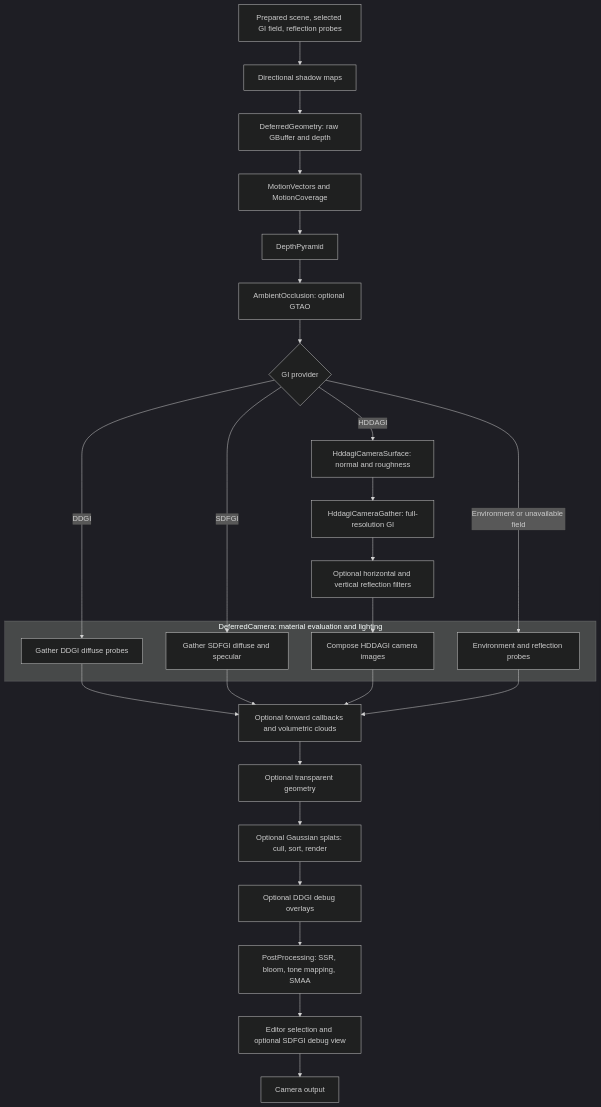
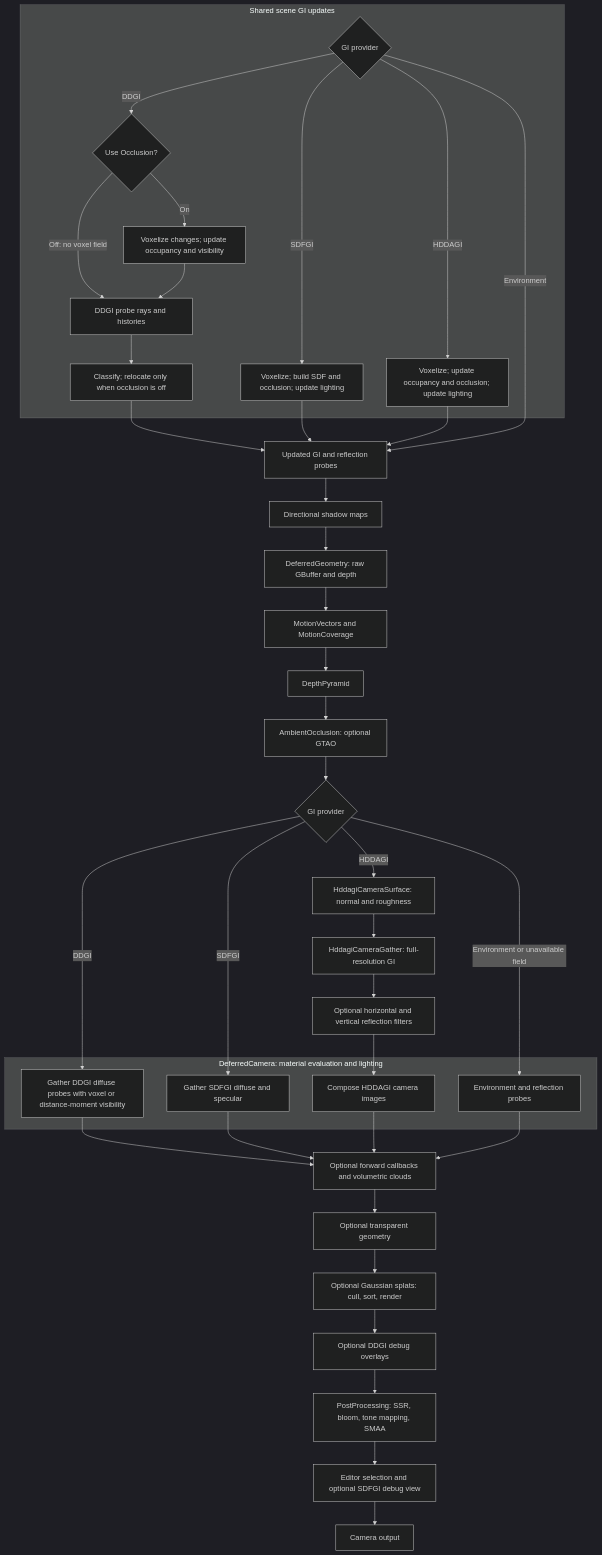
Before and after one commit to edisonlee0212/EvoEngine: the fourth of 4 diagrams in docs/rendering.md, drawn with Mermaid (dark theme). The commit also changed other lines of this file and 28 other files, not shown here.

Commit message:
Add shared DDGI voxel occlusion and Bistro rendering coverage

````diff
--- a/docs/rendering.md
+++ b/docs/rendering.md
@@ -144,32 +140,45 @@
 ```mermaid
 flowchart TD
-  A[Prepared scene, selected GI field, reflection probes] --> B[Directional shadow maps]
+  subgraph S[Shared scene GI updates]
+    S0{GI provider} -->|DDGI| S1{Use Occlusion?}
+    S1 -->|On| S2[Voxelize changes; update occupancy and visibility]
+    S1 -->|Off: no voxel field| S3[DDGI probe rays and histories]
+    S2 --> S3
+    S3 --> S4[Classify; relocate only when occlusion is off]
+    S0 -->|SDFGI| S5[Voxelize; build SDF and occlusion; update lighting]
+    S0 -->|HDDAGI| S6[Voxelize; update occupancy and occlusion; update lighting]
+  end
+  S4 --> A[Updated GI and reflection probes]
+  S5 --> A
+  S6 --> A
+  S0 -->|Environment| A
+  A --> B[Directional shadow maps]
   B --> C[DeferredGeometry: raw GBuffer and depth]
   C --> D[MotionVectors and MotionCoverage]
   D --> E[DepthPyramid]
   E --> F[AmbientOcclusion: optional GTAO]
   F --> G{GI provider}
   G -->|HDDAGI| H[HddagiCameraSurface: normal and roughness]
   H --> I[HddagiCameraGather: full-resolution GI]
   I --> J[Optional horizontal and vertical reflection filters]
   subgraph K[DeferredCamera: material evaluation and lighting]
-    KD[Gather DDGI diffuse probes]
+    KD[Gather DDGI diffuse probes with voxel or distance-moment visibility]
     KS[Gather SDFGI diffuse and specular]
     KH[Compose HDDAGI camera images]
     KE[Environment and reflection probes]
   end
   G -->|DDGI| KD
   G -->|SDFGI| KS
   G -->|Environment or unavailable field| KE
   J --> KH
   KD --> L[Optional forward callbacks and volumetric clouds]
   KS --> L
   KH --> L
   KE --> L
   L --> M[Optional transparent geometry]
   M --> N[Optional Gaussian splats: cull, sort, render]
   N --> O[Optional DDGI debug overlays]
   O --> P[PostProcessing: SSR, bloom, tone mapping, SMAA]
   P --> Q[Editor selection and optional SDFGI debug view]
   Q --> R[Camera output]
 ```
````
